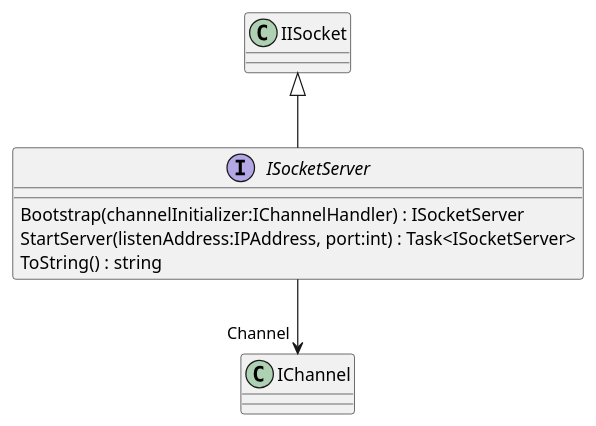
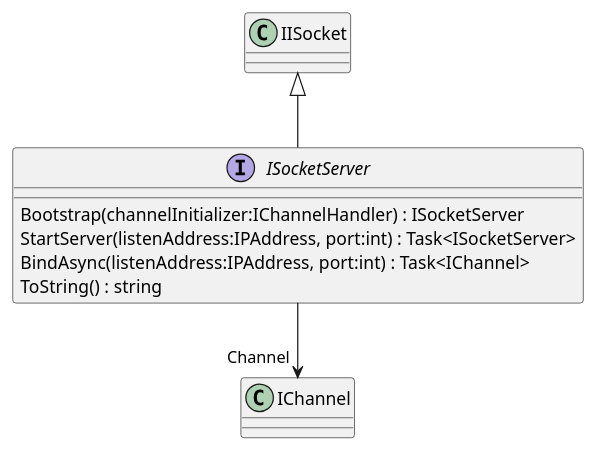
One commit to catalyst-network/Catalyst changed the diagram in Documentation/UML/Catalyst.Node.Common/Interfaces/ISocketServer.puml. Above: the diagram before and after it, drawn with PlantUML. The commit also changed 29 other files, not shown here.

```diff
--- a/Documentation/UML/Catalyst.Node.Common/Interfaces/ISocketServer.puml
+++ b/Documentation/UML/Catalyst.Node.Common/Interfaces/ISocketServer.puml
@@ -1,9 +1,10 @@
 @startuml
 interface ISocketServer {
     Bootstrap(channelInitializer:IChannelHandler) : ISocketServer
     StartServer(listenAddress:IPAddress, port:int) : Task<ISocketServer>
+    BindAsync(listenAddress:IPAddress, port:int) : Task<IChannel>
     ToString() : string
 }
 IISocket <|-- ISocketServer
 ISocketServer --> "Channel" IChannel
 @enduml
```
